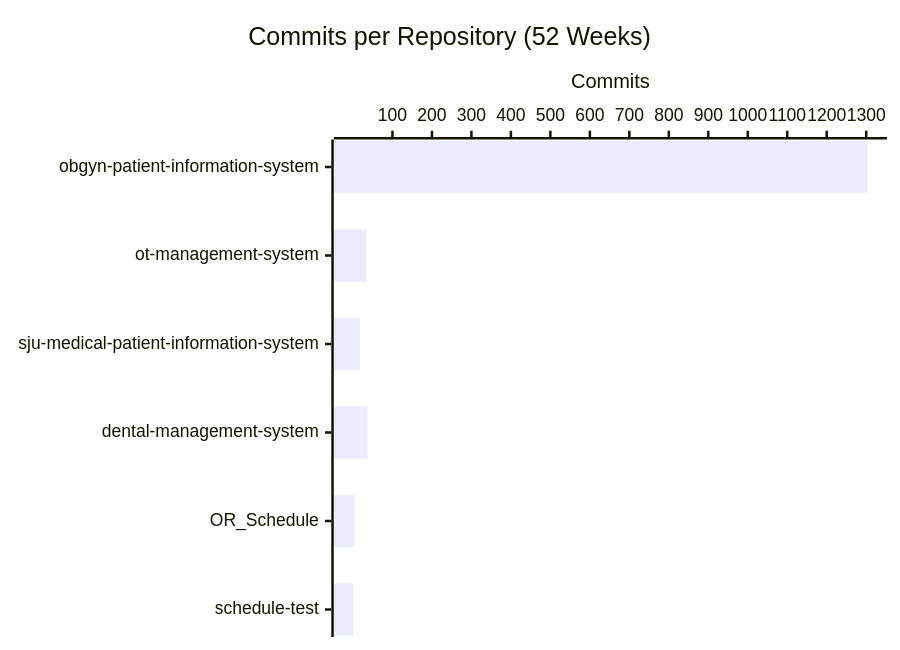
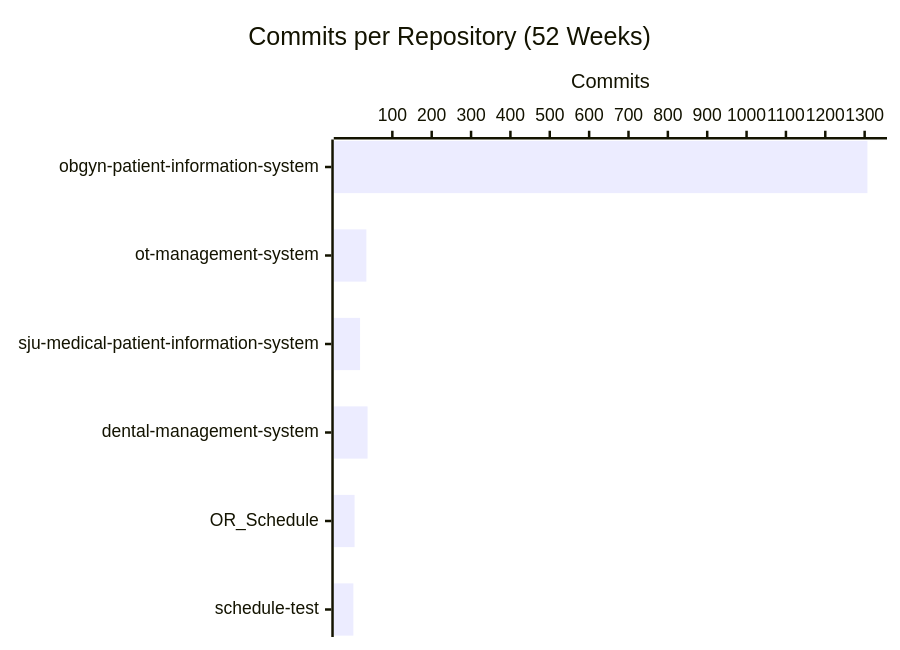
The second of 4 diagrams in profile/README.md (CSTH-Projects/.github), drawn with Mermaid before and after one commit. The commit also changed other lines of this file, not shown here.

````diff
--- a/profile/README.md
+++ b/profile/README.md
@@ -24,7 +24,7 @@
 ```mermaid
 xychart-beta horizontal
     title "Commits per Repository (52 Weeks)"
     x-axis ["obgyn-patient-information-system", "ot-management-system", "sju-medical-patient-information-system", "dental-management-system", "OR_Schedule", "schedule-test"]
     y-axis "Commits"
-    bar [1303, 34, 18, 37, 4, 1]
+    bar [1307, 34, 18, 37, 4, 1]
 ```
````
